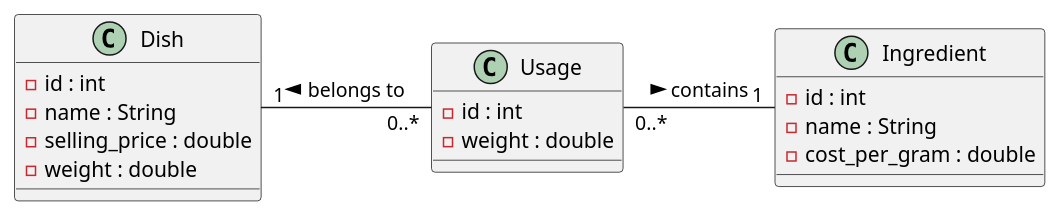
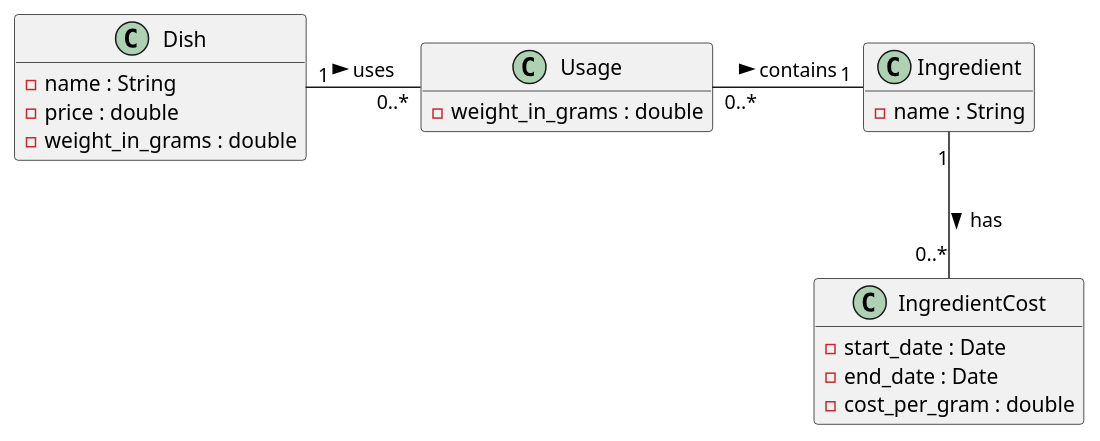
The diagram in class_diagram.plantuml (TortinhasQuixotescas/dcc166_atv2), drawn with PlantUML before and after one commit.

Commit message:
Improve data model

```diff
--- a/class_diagram.plantuml
+++ b/class_diagram.plantuml
@@ -1,24 +1,30 @@
 @startuml bakery
 
+hide empty members
+
 class Ingredient {
-    -id : int
     -name : String
+}
+
+class IngredientCost {
+    -start_date : Date
+    -end_date : Date
     -cost_per_gram : double
 }
 
+Ingredient "1" -- "0..*" IngredientCost : has >
+
 class Dish {
-    -id : int
     -name : String
-    -selling_price : double
-    -weight : double
+    -price : double
+    -weight_in_grams : double
 }
 
 class Usage {
-    -id : int
-    -weight : double
+    -weight_in_grams : double
 }
 
-Usage "0..*" -r- "1" Ingredient : contains >
-Usage "0..*" -l- "1" Dish : belongs to >
+Usage "0..*" - "1" Ingredient : contains >
+Dish "1" - "0..*" Usage : uses >
 
 @enduml
```
